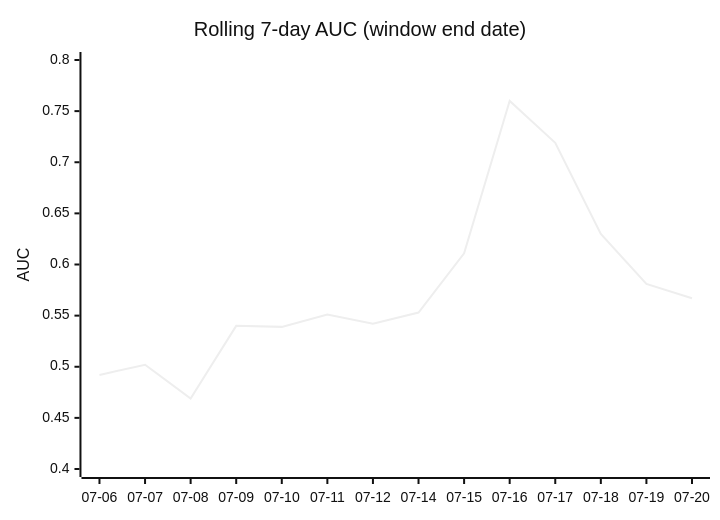
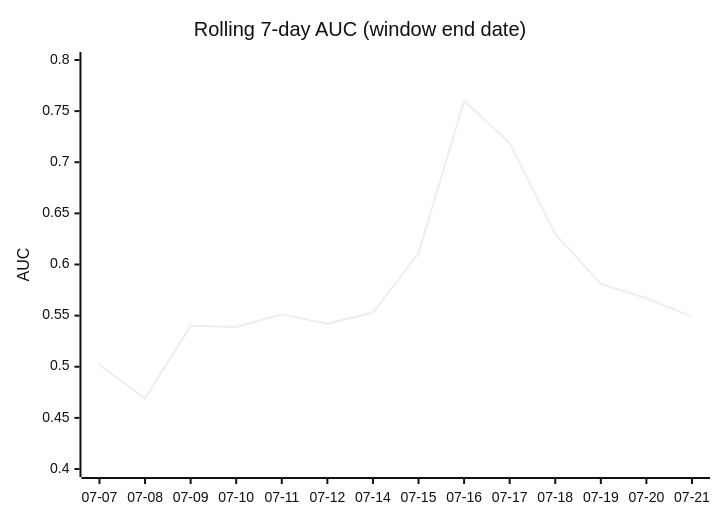
The third of 4 diagrams in DAILY_AGSU_REPORT.md (dpk1212/nhl-savant), drawn with Mermaid (neutral theme) before and after one commit. The commit also changed other lines of this file, not shown here.

````diff
--- a/DAILY_AGSU_REPORT.md
+++ b/DAILY_AGSU_REPORT.md
@@ -714,7 +711,7 @@
 ```mermaid
 xychart-beta
     title "Rolling 7-day AUC (window end date)"
-    x-axis ["07-06", "07-07", "07-08", "07-09", "07-10", "07-11", "07-12", "07-14", "07-15", "07-16", "07-17", "07-18", "07-19", "07-20"]
+    x-axis ["07-07", "07-08", "07-09", "07-10", "07-11", "07-12", "07-14", "07-15", "07-16", "07-17", "07-18", "07-19", "07-20", "07-21"]
     y-axis "AUC" 0.4 --> 0.8
-    line [0.492, 0.502, 0.469, 0.54, 0.539, 0.551, 0.542, 0.553, 0.611, 0.76, 0.719, 0.63, 0.581, 0.567]
+    line [0.502, 0.469, 0.54, 0.539, 0.551, 0.542, 0.553, 0.611, 0.76, 0.719, 0.63, 0.581, 0.567, 0.549]
 ```
````
